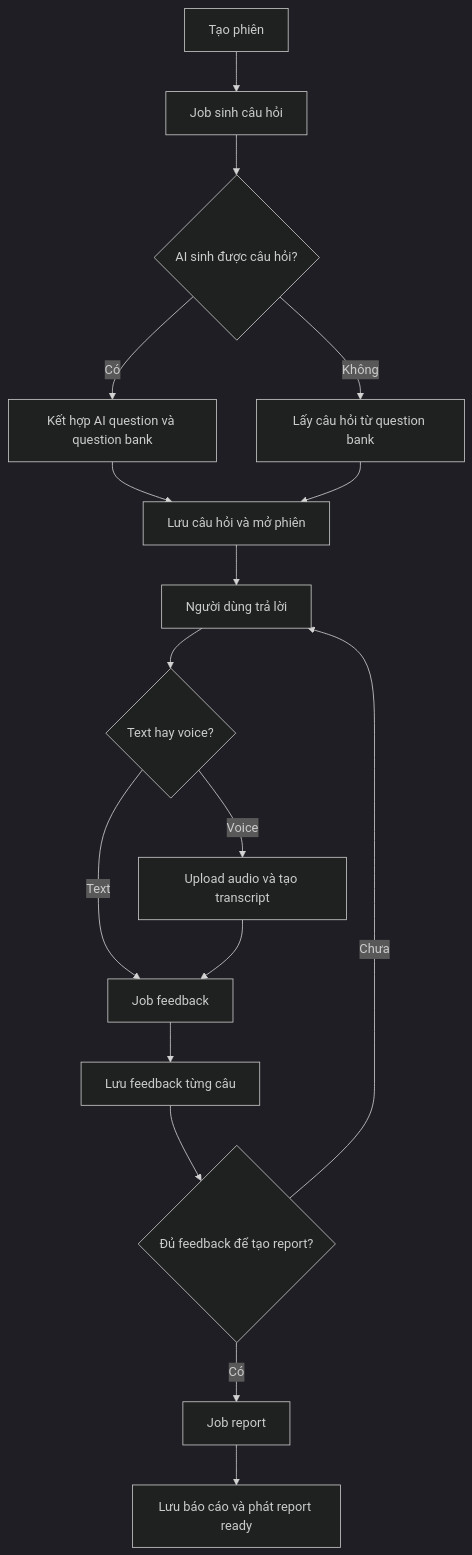
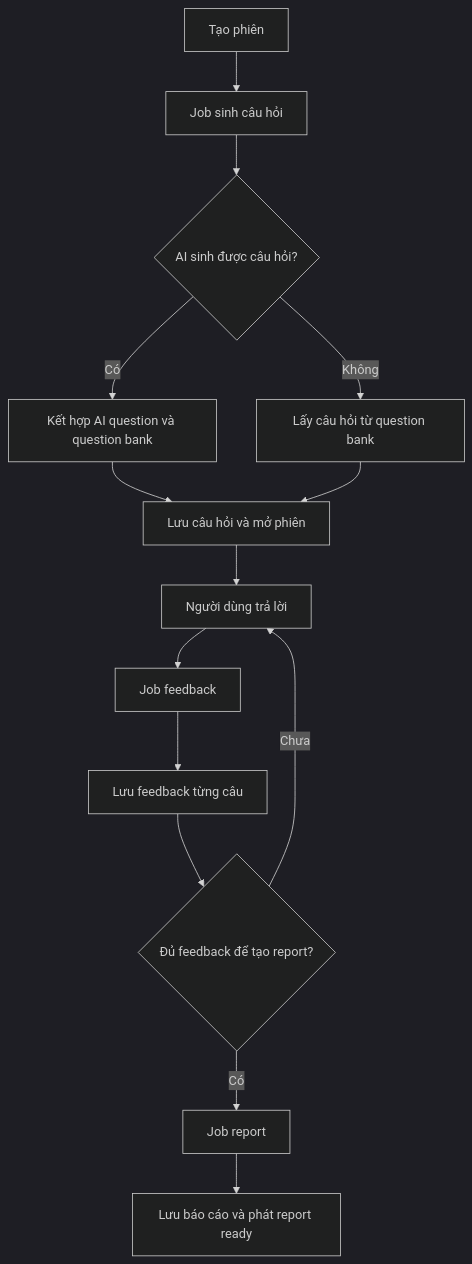
One commit to lethanhan01/interview-coach changed the tenth of 16 diagrams in docs/final_report/Chuong4.md. Above: the diagram before and after it, drawn with Mermaid (dark theme). The commit also changed other lines of this file and 5 other files, not shown here.

````diff
--- a/docs/final_report/Chuong4.md
+++ b/docs/final_report/Chuong4.md
@@ -736,19 +727,16 @@
 ```mermaid
 flowchart TD
     A[Tạo phiên] --> B[Job sinh câu hỏi]
     B --> C{AI sinh được câu hỏi?}
     C -->|Có| D[Kết hợp AI question và question bank]
     C -->|Không| E[Lấy câu hỏi từ question bank]
     D --> F[Lưu câu hỏi và mở phiên]
     E --> F
     F --> G[Người dùng trả lời]
-    G --> H{Text hay voice?}
-    H -->|Text| I[Job feedback]
-    H -->|Voice| J[Upload audio và tạo transcript]
-    J --> I
+    G --> I[Job feedback]
     I --> K[Lưu feedback từng câu]
     K --> L{Đủ feedback để tạo report?}
     L -->|Có| M[Job report]
     L -->|Chưa| G
     M --> N[Lưu báo cáo và phát report ready]
 ```
````
